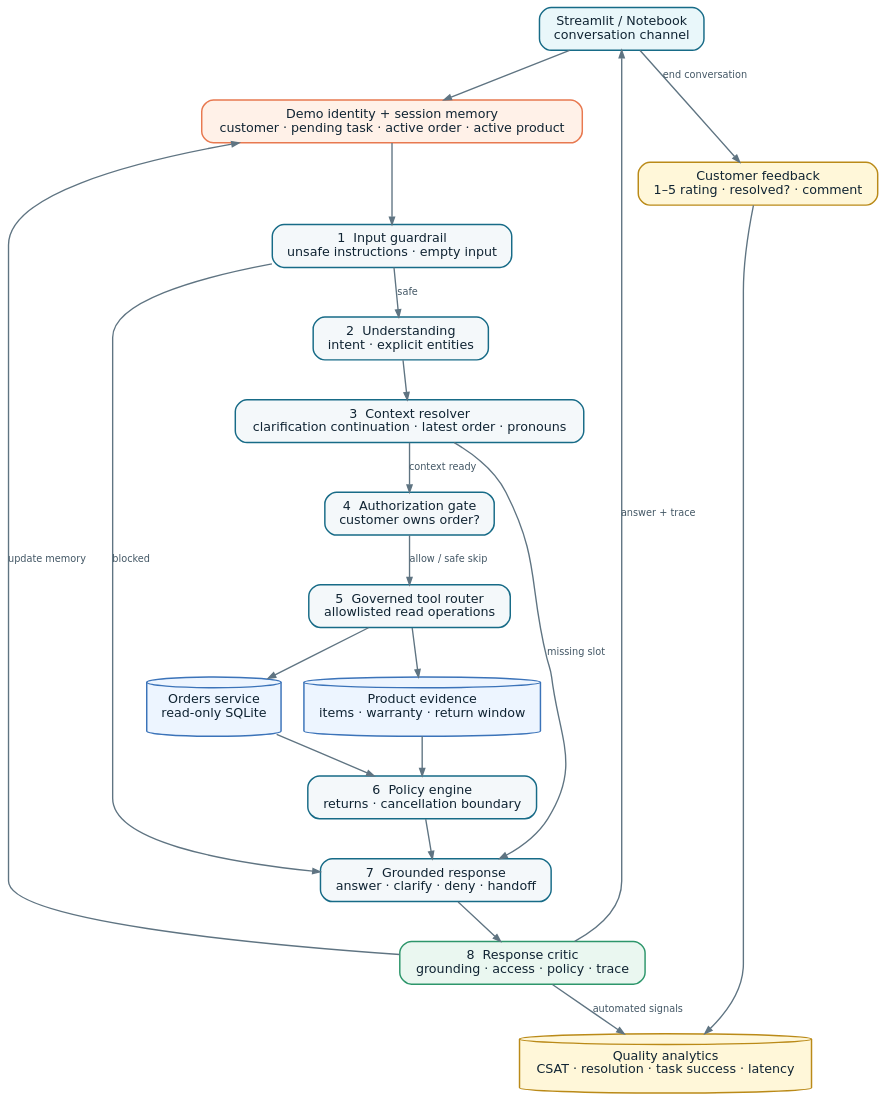
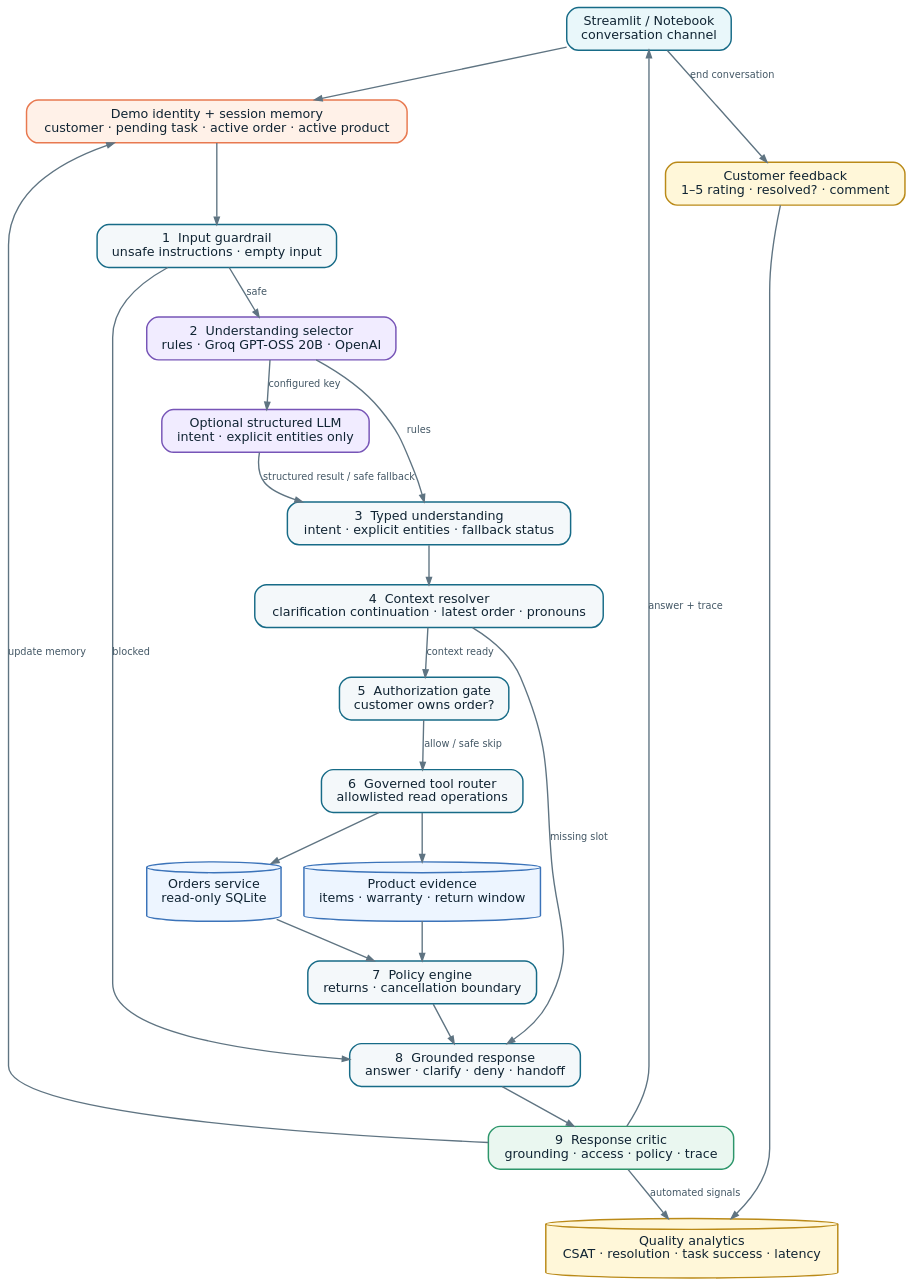
Before and after one commit to KPFinInv/ecommerce-orders-agentic-ai: the diagram in assets/agent_architecture.dot, drawn with Graphviz.

Commit message:
Add provider selection and fallback to the architecture

```diff
--- a/assets/agent_architecture.dot
+++ b/assets/agent_architecture.dot
@@ -1,63 +1,68 @@
 digraph KartifyAgent {
   graph [
     rankdir=TB,
     bgcolor="transparent",
     pad=0.25,
     nodesep=0.32,
     ranksep=0.55,
     fontname="DejaVu Sans"
   ];
   node [
     shape=box,
     style="rounded,filled",
     fontname="DejaVu Sans",
     fontsize=13,
     color="#176B87",
     fillcolor="#F4F8FA",
     fontcolor="#102433",
     penwidth=1.5,
     margin="0.18,0.11"
   ];
   edge [
     fontname="DejaVu Sans",
     fontsize=10,
     color="#5F7482",
     fontcolor="#435765",
     arrowsize=0.75,
     penwidth=1.4
   ];
 
   channel [label="Streamlit / Notebook\nconversation channel", fillcolor="#E9F7FA"];
   session [label="Demo identity + session memory\ncustomer · pending task · active order · active product", fillcolor="#FFF1E8", color="#E87950"];
   guardrail [label="1  Input guardrail\nunsafe instructions · empty input"];
-  understand [label="2  Understanding\nintent · explicit entities"];
-  context [label="3  Context resolver\nclarification continuation · latest order · pronouns"];
-  authorize [label="4  Authorization gate\ncustomer owns order?"];
-  tools [label="5  Governed tool router\nallowlisted read operations"];
+  selector [label="2  Understanding selector\nrules · Groq GPT-OSS 20B · OpenAI", fillcolor="#F1ECFF", color="#7755B7"];
+  model [label="Optional structured LLM\nintent · explicit entities only", fillcolor="#F1ECFF", color="#7755B7"];
+  understand [label="3  Typed understanding\nintent · explicit entities · fallback status"];
+  context [label="4  Context resolver\nclarification continuation · latest order · pronouns"];
+  authorize [label="5  Authorization gate\ncustomer owns order?"];
+  tools [label="6  Governed tool router\nallowlisted read operations"];
   orders [label="Orders service\nread-only SQLite", shape=cylinder, fillcolor="#EDF5FF", color="#3B73B9"];
   products [label="Product evidence\nitems · warranty · return window", shape=cylinder, fillcolor="#EDF5FF", color="#3B73B9"];
-  policy [label="6  Policy engine\nreturns · cancellation boundary"];
-  respond [label="7  Grounded response\nanswer · clarify · deny · handoff"];
-  critic [label="8  Response critic\ngrounding · access · policy · trace", fillcolor="#EAF7F0", color="#2D966B"];
+  policy [label="7  Policy engine\nreturns · cancellation boundary"];
+  respond [label="8  Grounded response\nanswer · clarify · deny · handoff"];
+  critic [label="9  Response critic\ngrounding · access · policy · trace", fillcolor="#EAF7F0", color="#2D966B"];
   feedback [label="Customer feedback\n1–5 rating · resolved? · comment", fillcolor="#FFF7D9", color="#BA8A18"];
   analytics [label="Quality analytics\nCSAT · resolution · task success · latency", shape=cylinder, fillcolor="#FFF7D9", color="#BA8A18"];
 
   channel -> session -> guardrail;
-  guardrail -> understand [label="safe"];
+  guardrail -> selector [label="safe"];
   guardrail -> respond [label="blocked"];
+  selector -> understand [label="rules"];
+  selector -> model [label="configured key"];
+  model -> understand [label="structured result / safe fallback"];
   understand -> context;
   context -> respond [label="missing slot"];
   context -> authorize [label="context ready"];
   authorize -> tools [label="allow / safe skip"];
   tools -> orders;
   tools -> products;
   orders -> policy;
   products -> policy;
   policy -> respond;
   respond -> critic;
   critic -> session [label="update memory"];
   critic -> channel [label="answer + trace"];
   channel -> feedback [label="end conversation"];
   feedback -> analytics;
   critic -> analytics [label="automated signals"];
 }
```
